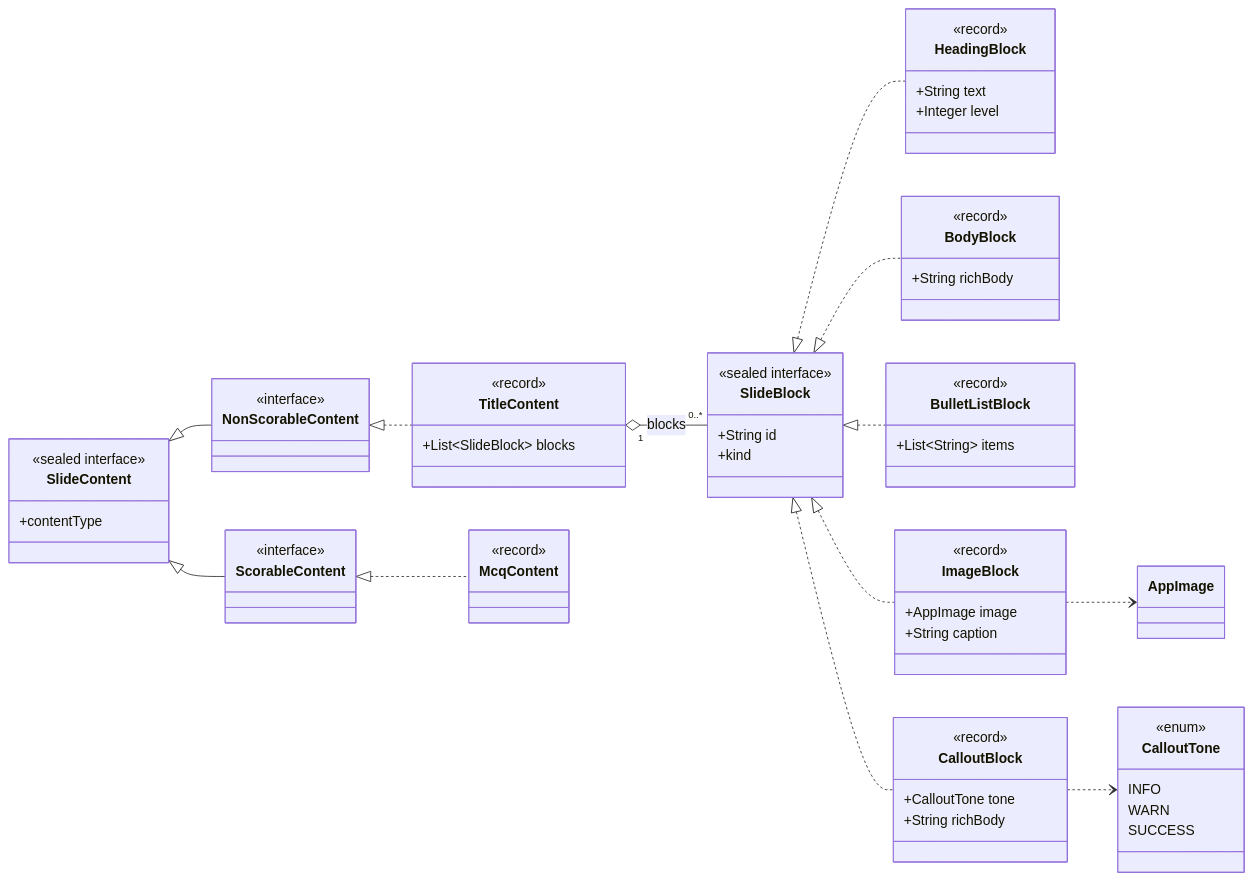
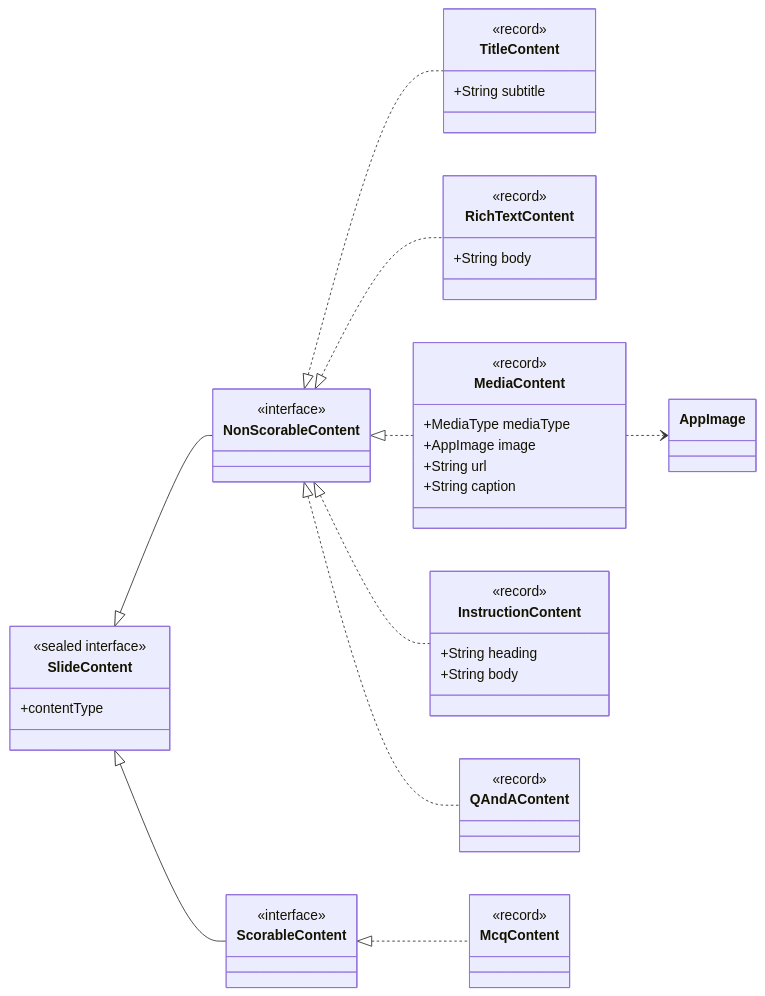
The first of 4 diagrams in z-docs/diagrams/content-slide.md (Saganaut/ambi), drawn with Mermaid before and after one commit. The commit also changed other lines of this file and 46 other files, not shown here.

First line of the commit message:
feat(deck): split block-based Content slide into flat slide types

````diff
--- a/z-docs/diagrams/content-slide.md
+++ b/z-docs/diagrams/content-slide.md
@@ -23,62 +34,42 @@
 ```mermaid
 classDiagram
     direction LR
     class SlideContent {
         <<sealed interface>>
         +contentType
     }
     class NonScorableContent { <<interface>> }
     class ScorableContent { <<interface>> }
     class TitleContent {
         <<record>>
-        +List~SlideBlock~ blocks
+        +String subtitle
     }
-    class McqContent { <<record>> }
-    class SlideBlock {
-        <<sealed interface>>
-        +String id
-        +kind
+    class RichTextContent {
+        <<record>>
+        +String body
     }
-    class HeadingBlock {
+    class MediaContent {
         <<record>>
-        +String text
-        +Integer level
-    }
-    class BodyBlock {
-        <<record>>
-        +String richBody
-    }
-    class BulletListBlock {
-        <<record>>
-        +List~String~ items
-    }
-    class ImageBlock {
-        <<record>>
+        +MediaType mediaType
         +AppImage image
+        +String url
         +String caption
     }
-    class CalloutBlock {
+    class InstructionContent {
         <<record>>
-        +CalloutTone tone
-        +String richBody
+        +String heading
+        +String body
     }
-    class CalloutTone {
-        <<enum>>
-        INFO
-        WARN
-        SUCCESS
-    }
+    class QAndAContent { <<record>> }
+    class McqContent { <<record>> }
 
     SlideContent <|-- NonScorableContent
     SlideContent <|-- ScorableContent
     NonScorableContent <|.. TitleContent
+    NonScorableContent <|.. RichTextContent
+    NonScorableContent <|.. MediaContent
+    NonScorableContent <|.. InstructionContent
+    NonScorableContent <|.. QAndAContent
     ScorableContent <|.. McqContent
-    TitleContent "1" o-- "0..*" SlideBlock : blocks
-    SlideBlock <|.. HeadingBlock
-    SlideBlock <|.. BodyBlock
-    SlideBlock <|.. BulletListBlock
-    SlideBlock <|.. ImageBlock
-    SlideBlock <|.. CalloutBlock
-    ImageBlock ..> AppImage
-    CalloutBlock ..> CalloutTone
+    MediaContent ..> AppImage
 ```
````
